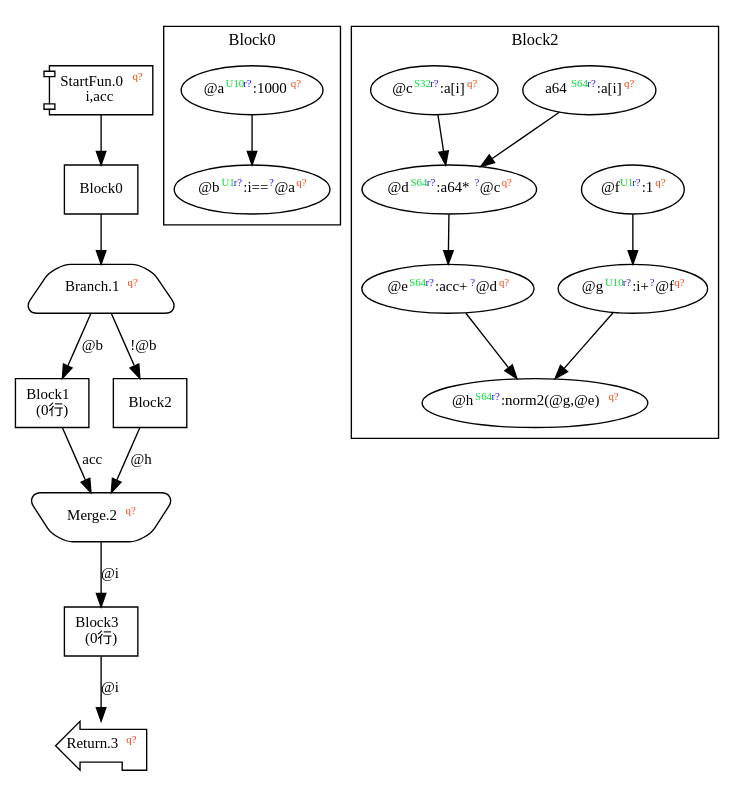
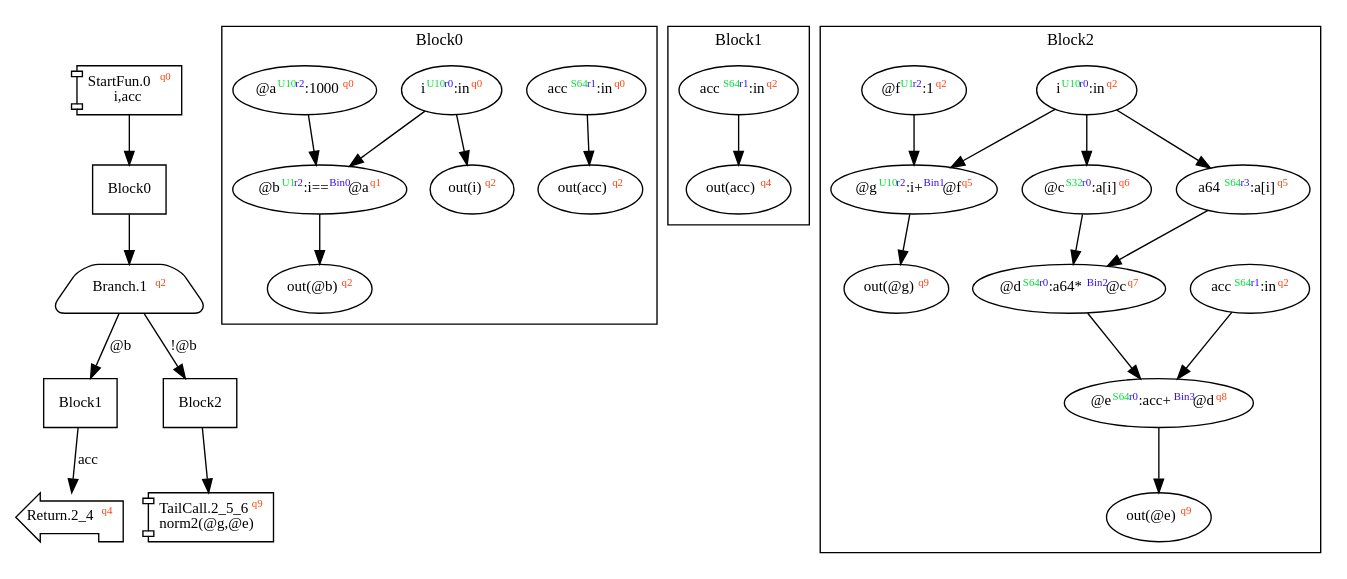
Before and after one commit to akouryy/SyntheScala: the diagram in dist/norm2.dot, drawn with Graphviz. The commit also changed 25 other files, not shown here.

```diff
--- a/dist/norm2.dot
+++ b/dist/norm2.dot
@@ -1,36 +1,46 @@
 digraph Program_ {
 graph [fontname = "Monaco", fontsize = 12, ranksep = 0.5];
 node [shape = box, fontname = "Monaco", fontsize = 11; colorscheme = pastel19];
 edge [fontname = "Monaco", fontsize = 11; colorscheme = pastel19];
-Jump0[label = <StartFun.0<font color="#ff4411" point-size="8"><sup>q?</sup></font><br/>i,acc>; shape = component];
+Jump0[label = <StartFun.0<font color="#ff4411" point-size="8"><sup>q0</sup></font><br/>i,acc>; shape = component];
 Jump0 -> Block0;
 Jump1[
-  label = <Branch.1<font color="#ff4411" point-size="8"><sup>q?</sup></font>>;
+  label = <Branch.1<font color="#ff4411" point-size="8"><sup>q2</sup></font>>;
   shape = trapezium; style = rounded;
 ];
 Block0 -> Jump1;
 Jump1 -> Block1 [label="@b"];
 Jump1 -> Block2 [label="!@b"];
-Jump2[label = <Merge.2<font color="#ff4411" point-size="8"><sup>q?</sup></font>>; shape = invtrapezium; style = rounded];
-Block1 -> Jump2 [label="acc"];Block2 -> Jump2 [label="@h"];
-Jump2 -> Block3 [label="@i"];
-Jump3[label = <Return.3<font color="#ff4411" point-size="8"><sup>q?</sup></font>>; shape = lpromoter];
-Block3 -> Jump3 [label="@i"];
+Jump2_4[label = <Return.2_4<font color="#ff4411" point-size="8"><sup>q4</sup></font>>; shape = lpromoter];
+Block1 -> Jump2_4 [label="acc"];
+Jump2_5_6[label = <TailCall.2_5_6<font color="#ff4411" point-size="8"><sup>q9</sup></font><br/>norm2(@g,@e)>; shape = component];
+Block2 -> Jump2_5_6;
 Block0 [label = "Block0"];
-Block1 [label = "Block1\l(0行)"]
+Block1 [label = "Block1"];
 Block2 [label = "Block2"];
-Block3 [label = "Block3\l(0行)"]
 subgraph cluster_dfg_Block0{
 node [shape = oval];
 label = "Block0";
-ndBlock0_0 [label=<@a<font color="#00dd33" point-size="8"><sup>U10</sup></font><font color="#3311ff" point-size="8"><sup>r?</sup></font>:1000<font color="#ff4411" point-size="8"><sup>q?</sup></font>>];ndBlock0_1 [label=<@b<font color="#00dd33" point-size="8"><sup>U1</sup></font><font color="#3311ff" point-size="8"><sup>r?</sup></font>:i==<font color="#3311ff" point-size="8"><sup>?</sup></font>@a<font color="#ff4411" point-size="8"><sup>q?</sup></font>>];ndBlock0_0 -> ndBlock0_1;
+ndBlock0_0 [label=<@b<font color="#00dd33" point-size="8"><sup>U1</sup></font><font color="#3311ff" point-size="8"><sup>r2</sup></font>:i==<font color="#3311ff" point-size="8"><sup>Bin0</sup></font>@a<font color="#ff4411" point-size="8"><sup>q1</sup></font>>];ndBlock0_1 [label=<out(acc)<font color="#ff4411" point-size="8"><sup>q2</sup></font>>];ndBlock0_2 [label=<acc<font color="#00dd33" point-size="8"><sup>S64</sup></font><font color="#3311ff" point-size="8"><sup>r1</sup></font>:in<font color="#ff4411" point-size="8"><sup>q0</sup></font>>];ndBlock0_3 [label=<i<font color="#00dd33" point-size="8"><sup>U10</sup></font><font color="#3311ff" point-size="8"><sup>r0</sup></font>:in<font color="#ff4411" point-size="8"><sup>q0</sup></font>>];ndBlock0_4 [label=<out(@b)<font color="#ff4411" point-size="8"><sup>q2</sup></font>>];ndBlock0_5 [label=<@a<font color="#00dd33" point-size="8"><sup>U10</sup></font><font color="#3311ff" point-size="8"><sup>r2</sup></font>:1000<font color="#ff4411" point-size="8"><sup>q0</sup></font>>];ndBlock0_6 [label=<out(i)<font color="#ff4411" point-size="8"><sup>q2</sup></font>>];ndBlock0_2 -> ndBlock0_1;
+ndBlock0_0 -> ndBlock0_4;
+ndBlock0_3 -> ndBlock0_0;
+ndBlock0_5 -> ndBlock0_0;
+ndBlock0_3 -> ndBlock0_6;
+}subgraph cluster_dfg_Block1{
+node [shape = oval];
+label = "Block1";
+ndBlock1_0 [label=<acc<font color="#00dd33" point-size="8"><sup>S64</sup></font><font color="#3311ff" point-size="8"><sup>r1</sup></font>:in<font color="#ff4411" point-size="8"><sup>q2</sup></font>>];ndBlock1_1 [label=<out(acc)<font color="#ff4411" point-size="8"><sup>q4</sup></font>>];ndBlock1_0 -> ndBlock1_1;
 }subgraph cluster_dfg_Block2{
 node [shape = oval];
 label = "Block2";
-ndBlock2_0 [label=<@h<font color="#00dd33" point-size="8"><sup>S64</sup></font><font color="#3311ff" point-size="8"><sup>r?</sup></font>:norm2(@g,@e)<font color="#ff4411" point-size="8"><sup>q?</sup></font>>];ndBlock2_1 [label=<a64<font color="#00dd33" point-size="8"><sup>S64</sup></font><font color="#3311ff" point-size="8"><sup>r?</sup></font>:a[i]<font color="#ff4411" point-size="8"><sup>q?</sup></font>>];ndBlock2_2 [label=<@d<font color="#00dd33" point-size="8"><sup>S64</sup></font><font color="#3311ff" point-size="8"><sup>r?</sup></font>:a64*<font color="#3311ff" point-size="8"><sup>?</sup></font>@c<font color="#ff4411" point-size="8"><sup>q?</sup></font>>];ndBlock2_3 [label=<@f<font color="#00dd33" point-size="8"><sup>U1</sup></font><font color="#3311ff" point-size="8"><sup>r?</sup></font>:1<font color="#ff4411" point-size="8"><sup>q?</sup></font>>];ndBlock2_4 [label=<@e<font color="#00dd33" point-size="8"><sup>S64</sup></font><font color="#3311ff" point-size="8"><sup>r?</sup></font>:acc+<font color="#3311ff" point-size="8"><sup>?</sup></font>@d<font color="#ff4411" point-size="8"><sup>q?</sup></font>>];ndBlock2_5 [label=<@g<font color="#00dd33" point-size="8"><sup>U10</sup></font><font color="#3311ff" point-size="8"><sup>r?</sup></font>:i+<font color="#3311ff" point-size="8"><sup>?</sup></font>@f<font color="#ff4411" point-size="8"><sup>q?</sup></font>>];ndBlock2_6 [label=<@c<font color="#00dd33" point-size="8"><sup>S32</sup></font><font color="#3311ff" point-size="8"><sup>r?</sup></font>:a[i]<font color="#ff4411" point-size="8"><sup>q?</sup></font>>];ndBlock2_1 -> ndBlock2_2;
-ndBlock2_6 -> ndBlock2_2;
-ndBlock2_2 -> ndBlock2_4;
-ndBlock2_3 -> ndBlock2_5;
-ndBlock2_4 -> ndBlock2_0;
-ndBlock2_5 -> ndBlock2_0;
+ndBlock2_0 [label=<out(@e)<font color="#ff4411" point-size="8"><sup>q9</sup></font>>];ndBlock2_1 [label=<@d<font color="#00dd33" point-size="8"><sup>S64</sup></font><font color="#3311ff" point-size="8"><sup>r0</sup></font>:a64*<font color="#3311ff" point-size="8"><sup>Bin2</sup></font>@c<font color="#ff4411" point-size="8"><sup>q7</sup></font>>];ndBlock2_2 [label=<acc<font color="#00dd33" point-size="8"><sup>S64</sup></font><font color="#3311ff" point-size="8"><sup>r1</sup></font>:in<font color="#ff4411" point-size="8"><sup>q2</sup></font>>];ndBlock2_3 [label=<i<font color="#00dd33" point-size="8"><sup>U10</sup></font><font color="#3311ff" point-size="8"><sup>r0</sup></font>:in<font color="#ff4411" point-size="8"><sup>q2</sup></font>>];ndBlock2_4 [label=<out(@g)<font color="#ff4411" point-size="8"><sup>q9</sup></font>>];ndBlock2_5 [label=<@f<font color="#00dd33" point-size="8"><sup>U1</sup></font><font color="#3311ff" point-size="8"><sup>r2</sup></font>:1<font color="#ff4411" point-size="8"><sup>q2</sup></font>>];ndBlock2_6 [label=<@g<font color="#00dd33" point-size="8"><sup>U10</sup></font><font color="#3311ff" point-size="8"><sup>r2</sup></font>:i+<font color="#3311ff" point-size="8"><sup>Bin1</sup></font>@f<font color="#ff4411" point-size="8"><sup>q5</sup></font>>];ndBlock2_7 [label=<@c<font color="#00dd33" point-size="8"><sup>S32</sup></font><font color="#3311ff" point-size="8"><sup>r0</sup></font>:a[i]<font color="#ff4411" point-size="8"><sup>q6</sup></font>>];ndBlock2_8 [label=<a64<font color="#00dd33" point-size="8"><sup>S64</sup></font><font color="#3311ff" point-size="8"><sup>r3</sup></font>:a[i]<font color="#ff4411" point-size="8"><sup>q5</sup></font>>];ndBlock2_9 [label=<@e<font color="#00dd33" point-size="8"><sup>S64</sup></font><font color="#3311ff" point-size="8"><sup>r0</sup></font>:acc+<font color="#3311ff" point-size="8"><sup>Bin3</sup></font>@d<font color="#ff4411" point-size="8"><sup>q8</sup></font>>];ndBlock2_3 -> ndBlock2_6;
+ndBlock2_5 -> ndBlock2_6;
+ndBlock2_6 -> ndBlock2_4;
+ndBlock2_3 -> ndBlock2_8;
+ndBlock2_9 -> ndBlock2_0;
+ndBlock2_3 -> ndBlock2_7;
+ndBlock2_1 -> ndBlock2_9;
+ndBlock2_2 -> ndBlock2_9;
+ndBlock2_7 -> ndBlock2_1;
+ndBlock2_8 -> ndBlock2_1;
 }}
```
